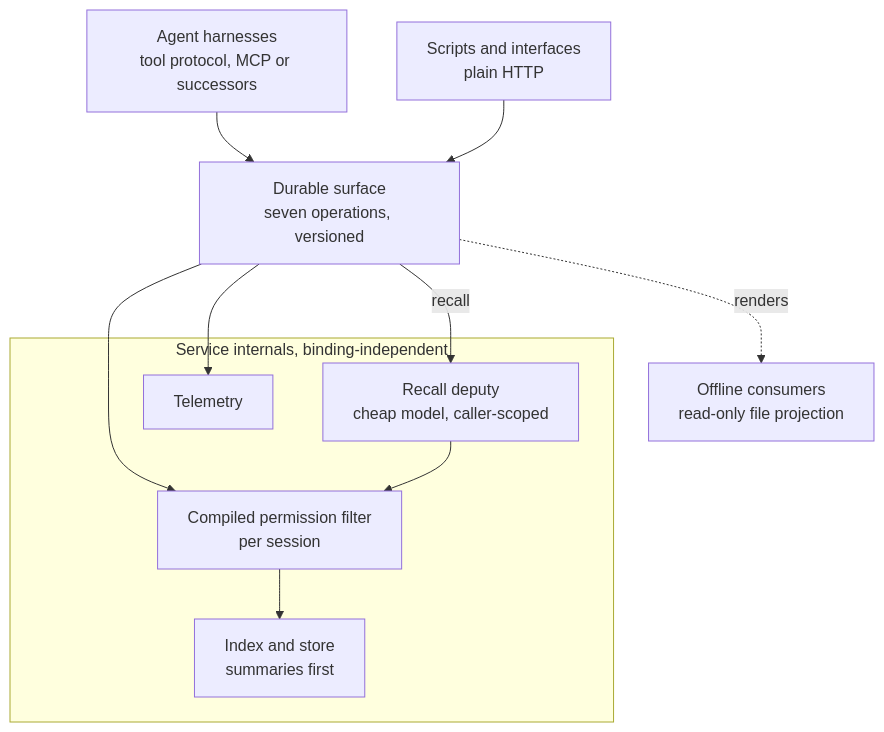
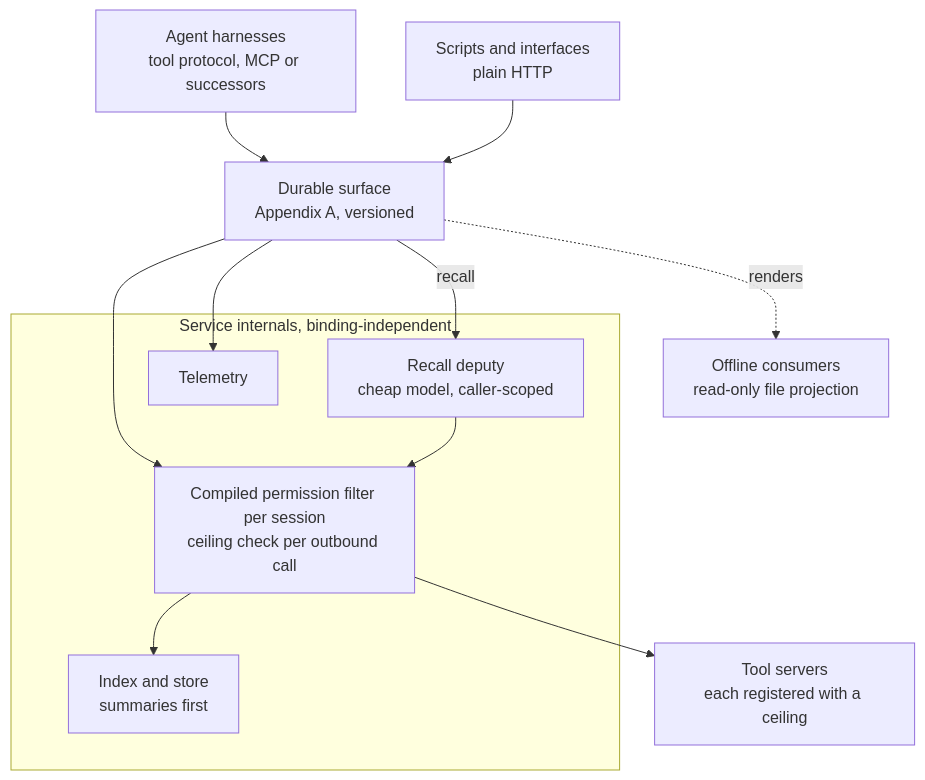
The fourth of 14 diagrams in docs/durable-memory-for-disposable-agents.md (apache/tooling-memory), drawn with Mermaid before and after one commit. The commit also changed other lines of this file and 1 other file, not shown here.

````diff
--- a/docs/durable-memory-for-disposable-agents.md
+++ b/docs/durable-memory-for-disposable-agents.md
@@ -271,19 +286,21 @@
 ```mermaid
 flowchart TB
     AG["Agent harnesses<br/>tool protocol, MCP or successors"]
     HT["Scripts and interfaces<br/>plain HTTP"]
     FV["Offline consumers<br/>read-only file projection"]
-    API["Durable surface<br/>seven operations, versioned"]
+    API["Durable surface<br/>Appendix A, versioned"]
     subgraph SVC["Service internals, binding-independent"]
-        FLT["Compiled permission filter<br/>per session"]
+        FLT["Compiled permission filter per session<br/>ceiling check per outbound call"]
         DEP["Recall deputy<br/>cheap model, caller-scoped"]
         IX["Index and store<br/>summaries first"]
         TEL["Telemetry"]
     end
+    TS["Tool servers<br/>each registered with a ceiling"]
     AG --> API
     HT --> API
     API -.->|renders| FV
     API --> FLT --> IX
+    FLT --> TS
     API -->|recall| DEP --> FLT
     API --> TEL
 ```
````
